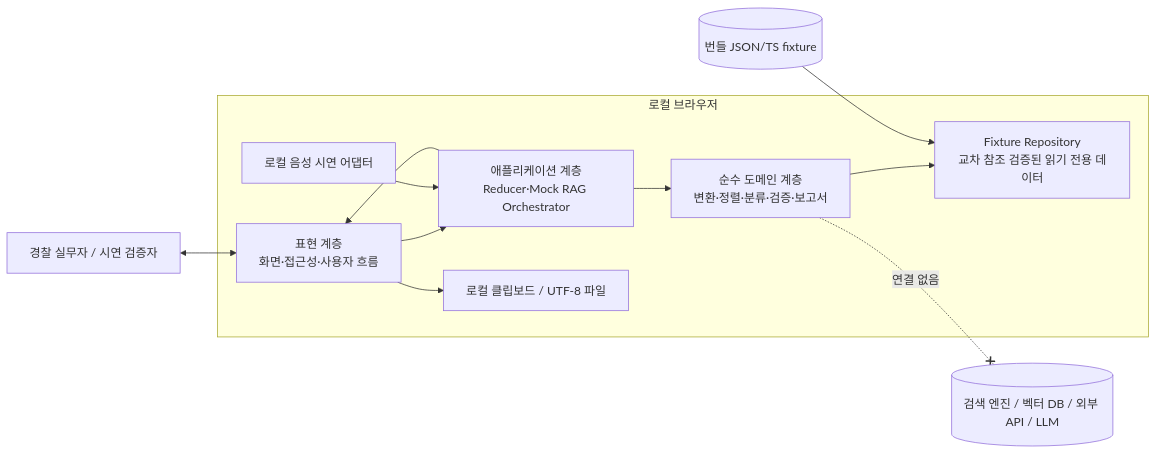
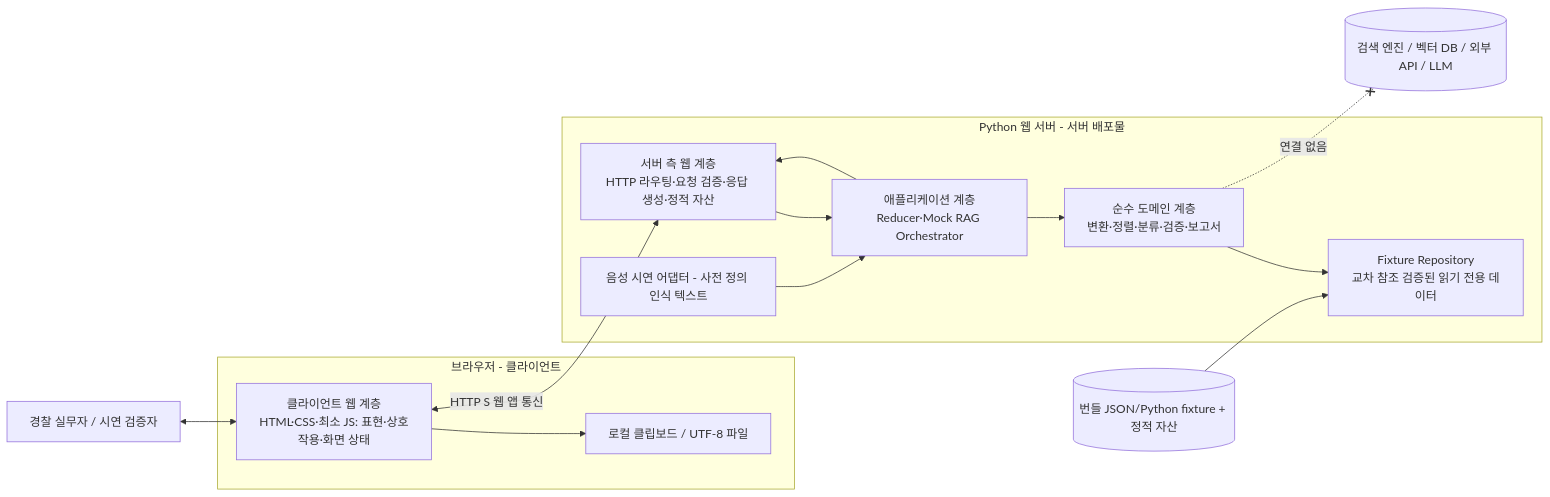
One commit to zwera/2026-Summer-AI-Project changed the first of 3 diagrams in .kiro/specs/police-case-law-ai-bot/design.md. Above: the diagram before and after it, drawn with Mermaid. The commit also changed other lines of this file, not shown here.

````diff
--- a/.kiro/specs/police-case-law-ai-bot/design.md
+++ b/.kiro/specs/police-case-law-ai-bot/design.md
@@ -90,20 +91,24 @@
 ```mermaid
 flowchart LR
     U[경찰 실무자 / 시연 검증자]
-    subgraph B[로컬 브라우저]
-      UI[표현 계층\n화면·접근성·사용자 흐름]
+    subgraph BR[브라우저 - 클라이언트]
+      UI[클라이언트 웹 계층\nHTML·CSS·최소 JS: 표현·상호작용·화면 상태]
+      IO[로컬 클립보드 / UTF-8 파일]
+      UI --> IO
+    end
+    subgraph SV[Python 웹 서버 - 서버 배포물]
+      WEB[서버 측 웹 계층\nHTTP 라우팅·요청 검증·응답 생성·정적 자산]
       APP[애플리케이션 계층\nReducer·Mock RAG Orchestrator]
       DOM[순수 도메인 계층\n변환·정렬·분류·검증·보고서]
       REP[Fixture Repository\n교차 참조 검증된 읽기 전용 데이터]
-      VA[로컬 음성 시연 어댑터]
-      IO[로컬 클립보드 / UTF-8 파일]
-      UI --> APP --> DOM --> REP
+      VA[음성 시연 어댑터 - 사전 정의 인식 텍스트]
+      WEB --> APP --> DOM --> REP
       VA --> APP
-      APP --> UI
-      UI --> IO
+      APP --> WEB
     end
-    FIX[(번들 JSON/TS fixture)] --> REP
+    FIX[(번들 JSON/Python fixture + 정적 자산)] --> REP
     U <--> UI
+    UI <-->|HTTP S 웹 앱 통신| WEB
     EXT[(검색 엔진 / 벡터 DB / 외부 API / LLM)]
     DOM -. 연결 없음 .-x EXT
 ```
````
